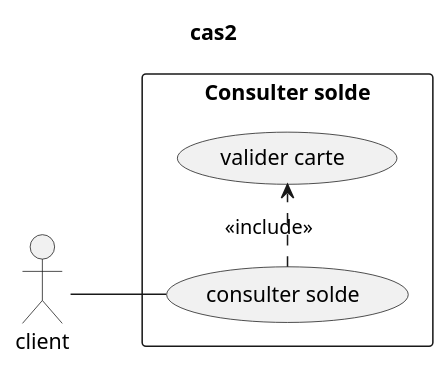
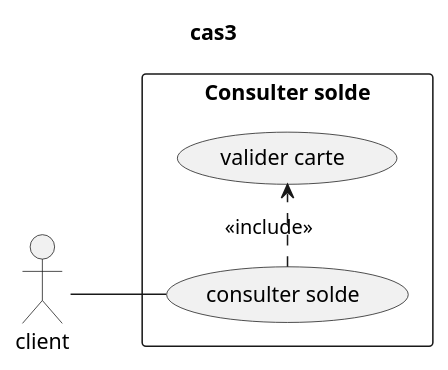
Before and after one commit to ZeroAbsolue/infidelite: the fourth of 6 diagrams in Readme.puml, drawn with PlantUML. The commit also changed other lines of this file and 2 other files, not shown here.

Commit message:
Ajout du cas bonus d'infidelite

```diff
--- a/Readme.puml
+++ b/Readme.puml
@@ -89,15 +115,15 @@
 @startuml
-title cas2
+title cas3
 left to right direction
 
 actor client as C
 rectangle "Consulter solde" {
     usecase "consulter solde" as UC1
     usecase "valider carte" as UC2
 
     UC1 .> UC2 : <<include>>
 
 }
 
 C -- UC1
 @enduml
```
